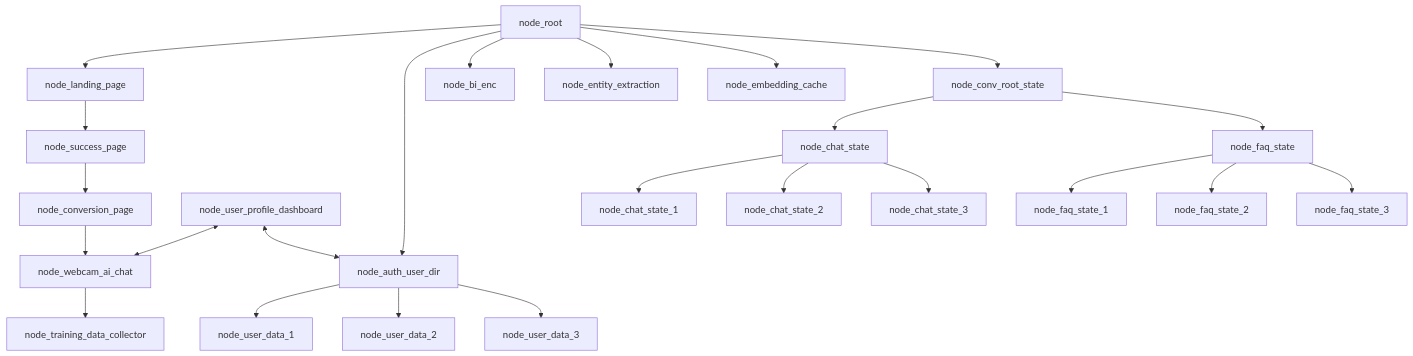
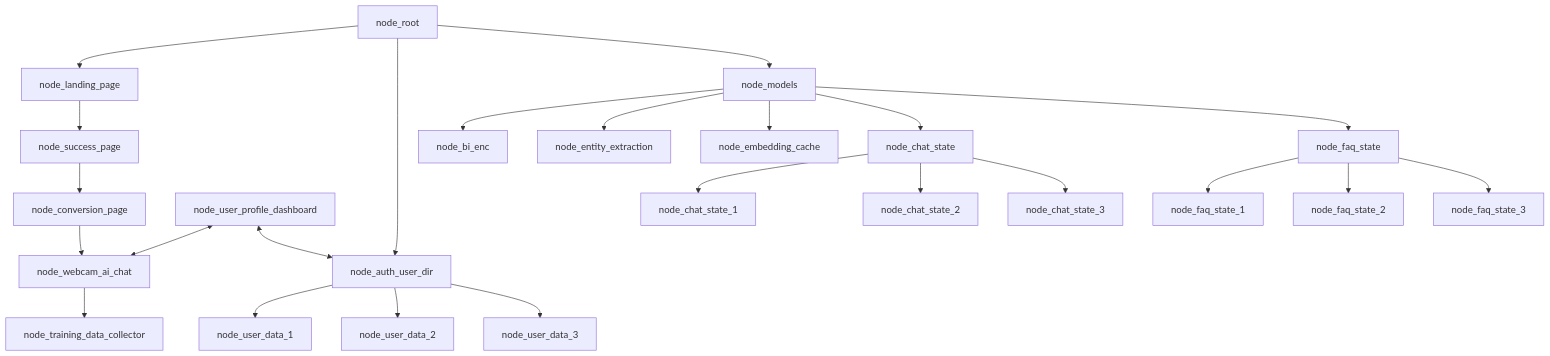
The second of 4 diagrams in README.md (WrappedUsername/doggy-decoder-jac), drawn with Mermaid before and after one commit. The commit also changed 5 other files, not shown here.

````diff
--- a/README.md
+++ b/README.md
@@ -68,26 +68,26 @@
 ```mermaid
 graph TD;
     node_root-->node_landing_page
     node_landing_page-->node_success_page
     node_success_page-->node_conversion_page
     node_conversion_page-->node_webcam_ai_chat
     node_user_profile_dashboard<-->node_webcam_ai_chat
     node_webcam_ai_chat-->node_training_data_collector
     node_root-->node_auth_user_dir
-    node_root-->node_bi_enc
-    node_root-->node_entity_extraction
-    node_root-->node_embedding_cache
-    node_root-->node_conv_root_state
-    node_conv_root_state-->node_chat_state
+    node_root-->node_models
+    node_models-->node_bi_enc
+    node_models-->node_entity_extraction
+    node_models-->node_embedding_cache
+    node_models-->node_chat_state
     node_chat_state-->node_chat_state_1
     node_chat_state-->node_chat_state_2
     node_chat_state-->node_chat_state_3
-    node_conv_root_state-->node_faq_state
+    node_models-->node_faq_state
     node_faq_state-->node_faq_state_1
     node_faq_state-->node_faq_state_2
     node_faq_state-->node_faq_state_3
     node_auth_user_dir-->node_user_data_1
     node_auth_user_dir-->node_user_data_2
     node_auth_user_dir-->node_user_data_3
     node_user_profile_dashboard<-->node_auth_user_dir
 ```
````
